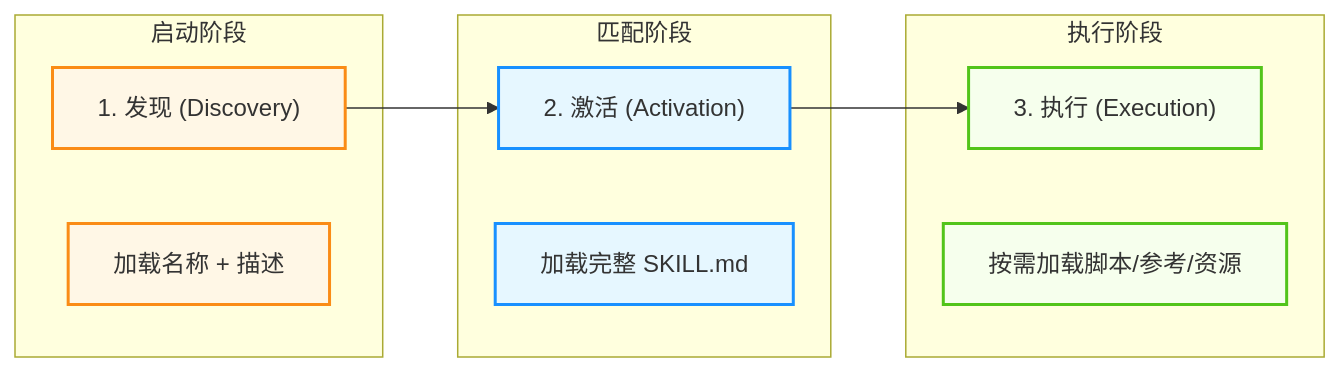
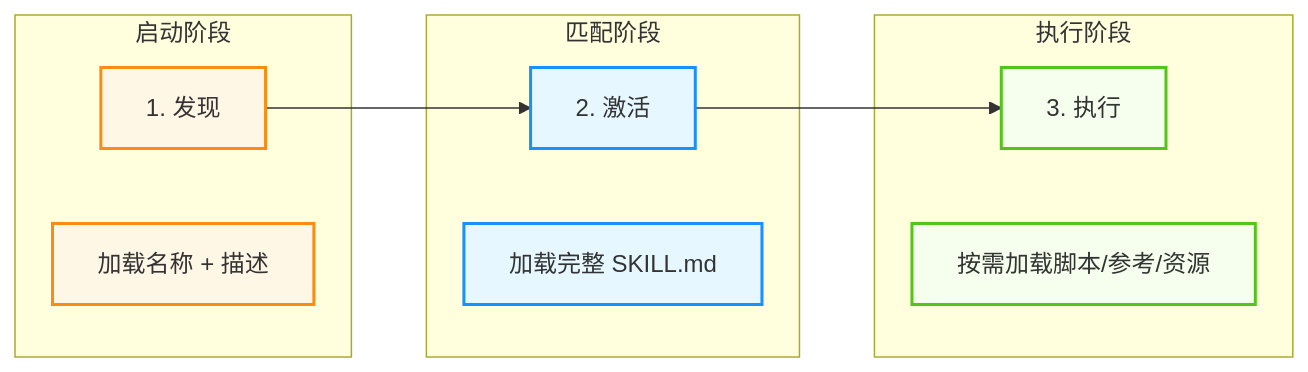
One commit to yeasy/agentic_ai_guide changed the first of 3 diagrams in 04_tools/4.4_skills.md. Above: the diagram before and after it, drawn with Mermaid. The commit also changed other lines of this file and 88 other files, not shown here.

````diff
--- a/04_tools/4.4_skills.md
+++ b/04_tools/4.4_skills.md
@@ -24,31 +24,31 @@
 ```mermaid
 flowchart LR
     %% Agentic Design System
     classDef agent fill:#e6f7ff,stroke:#1890ff,stroke-width:2px;
     classDef tool fill:#f6ffed,stroke:#52c41a,stroke-width:2px;
     classDef user fill:#fff7e6,stroke:#fa8c16,stroke-width:2px;
 
-    a["1. 发现 (Discovery)"] --> b["2. 激活 (Activation)"] --> c["3. 执行 (Execution)"]
+    a["1. 发现"] --> b["2. 激活"] --> c["3. 执行"]
     
     subgraph discovery ["启动阶段"]
         a
         d["加载名称 + 描述"]
     end
     
     subgraph activation ["匹配阶段"]
         b
         e["加载完整 SKILL.md"]
     end
     
     subgraph execution ["执行阶段"]
         c
         f["按需加载脚本/参考/资源"]
     end
     
     class a user;
     class b agent;
     class c tool;
     class d user;
     class e agent;
     class f tool;
 ```
````
